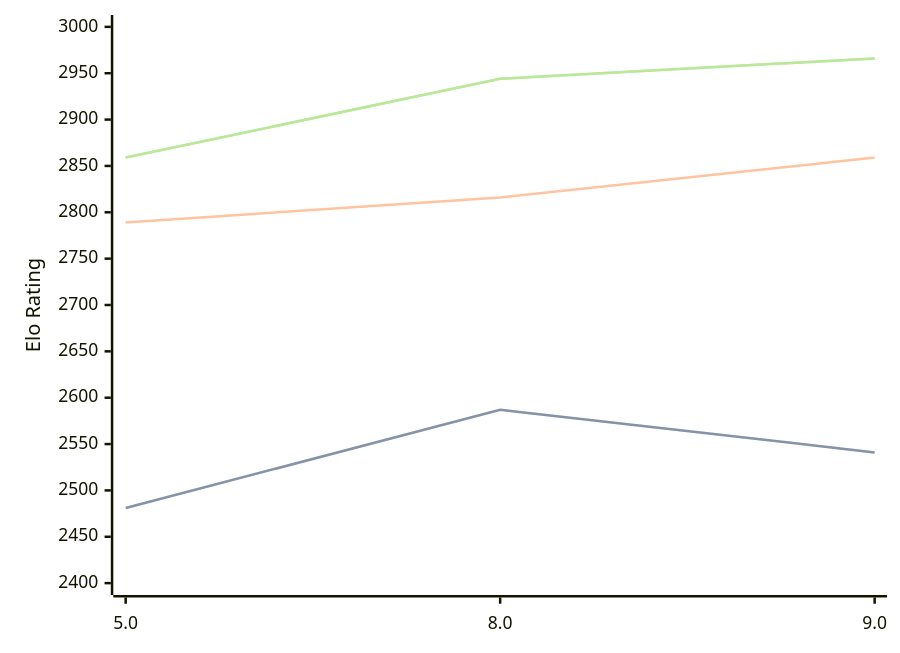
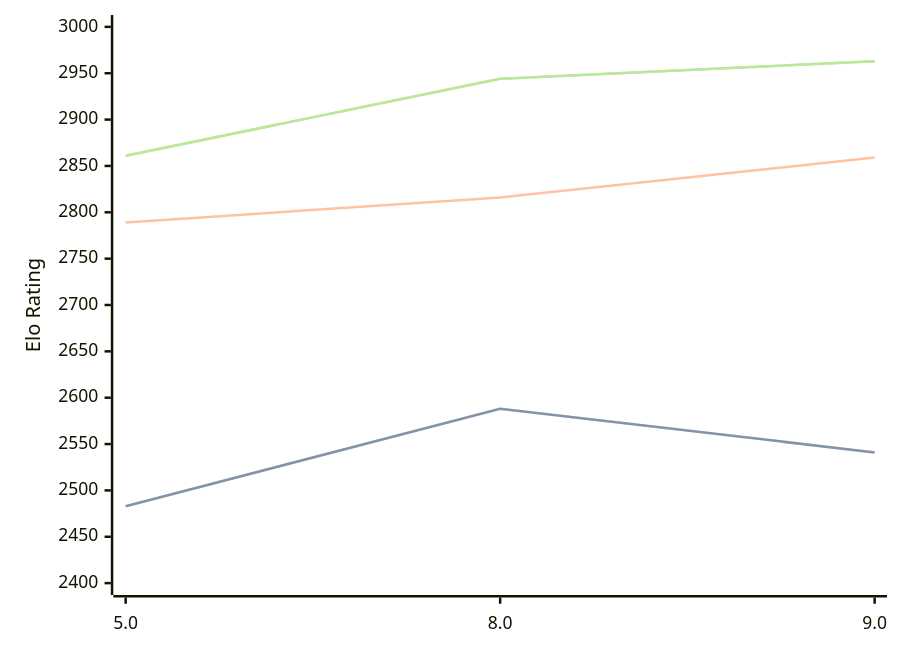
The diagram in engines/4kc.md (computer-chess-index/cci), drawn with Mermaid before and after one commit. The commit also changed other lines of this file, not shown here.

Commit message:
Update CCI Ratings (ELO VLTC) - 2026-09-06

````diff
--- a/engines/4kc.md
+++ b/engines/4kc.md
@@ -33,11 +33,11 @@
 ```mermaid
 %%{init: {"theme":"base","themeVariables":{"seriesColors:['#a3a3a3','#222221','#faa371']}}}%%
 xychart-beta
   x-axis ["5.0", "8.0", "9.0"]
   y-axis "Elo Rating" 2400 --> 3000
-  line "" [2481, 2587, 2541]
-  line "STC (8.0+0.08s)" [2481, 2587, 2541]
+  line "" [2483, 2588, 2541]
+  line "STC (8.0+0.08s)" [2483, 2588, 2541]
   line "LTC (60.0+0.60s)" [2789, 2816, 2859]
-  line "" [2859, 2944, 2966]
-  line "VLTC (2m24s+1.12s)" [2859, 2944, 2966]
+  line "" [2861, 2944, 2963]
+  line "VLTC (2m24s+1.12s)" [2861, 2944, 2963]
 ```
````
